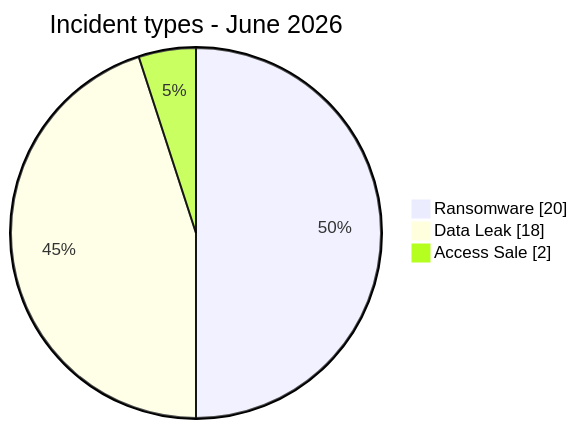
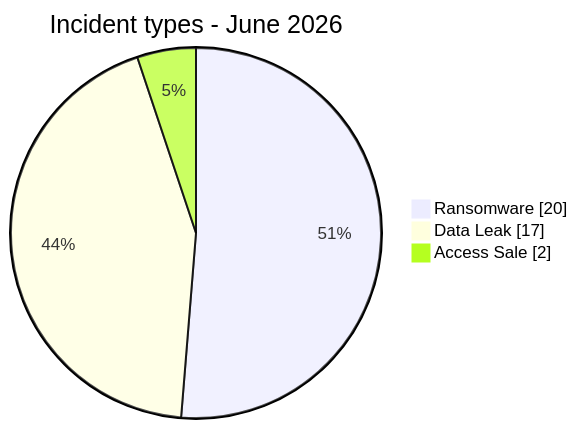
Before and after one commit to Hatchepsoute/AFRINTEL: the first of 9 diagrams in CyberAttackAfrica/2026/06-june/README.md, drawn with Mermaid. The commit also changed other lines of this file and 30 other files, not shown here.

````diff
--- a/CyberAttackAfrica/2026/06-june/README.md
+++ b/CyberAttackAfrica/2026/06-june/README.md
@@ -76,7 +76,7 @@
 ```mermaid
 pie showData
     title Incident types - June 2026
     "Ransomware" : 20
-    "Data Leak" : 18
+    "Data Leak" : 17
     "Access Sale" : 2
 ```
````
